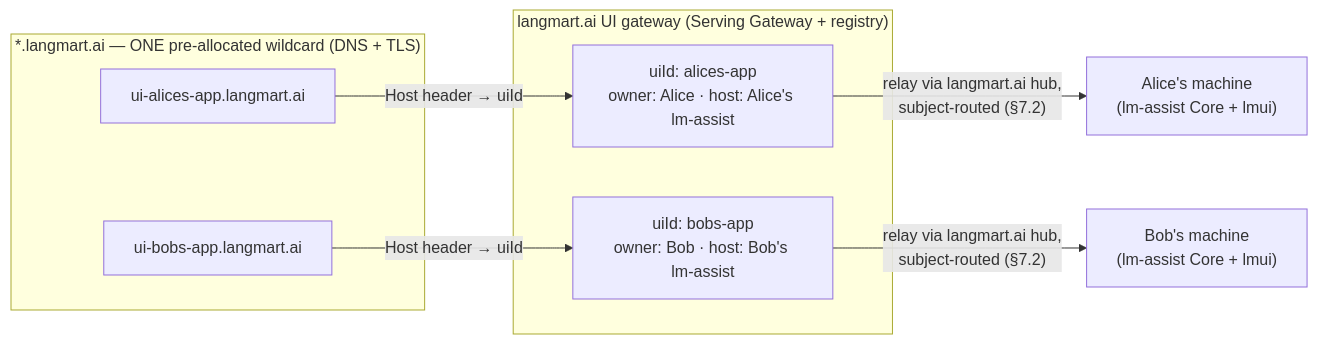
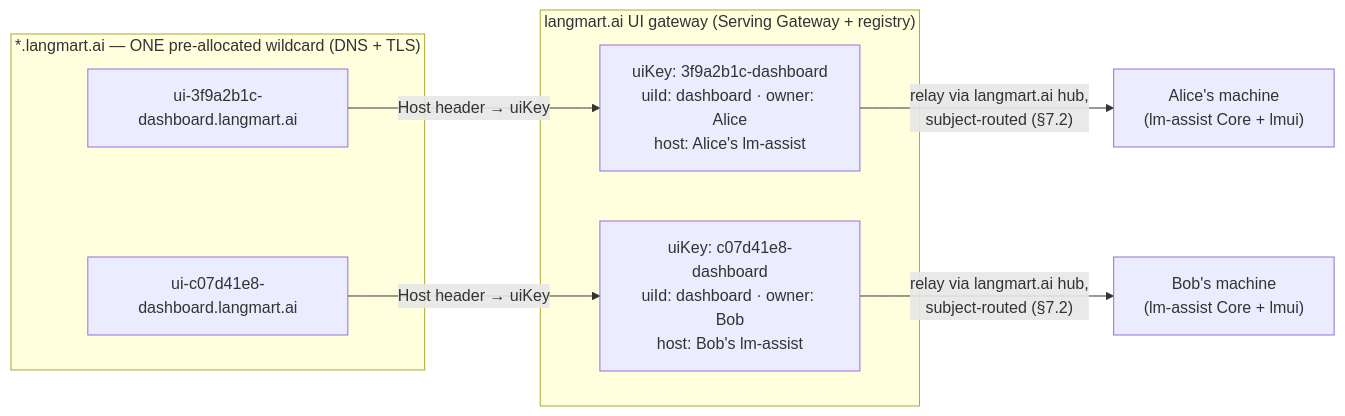
Before and after one commit to langmartai/agentic-ui-spec: the sixth of 7 diagrams in ARCHITECTURE.md, drawn with Mermaid. The commit also changed other lines of this file and 9 other files, not shown here.

````diff
--- a/ARCHITECTURE.md
+++ b/ARCHITECTURE.md
@@ -188,15 +194,15 @@
 ```mermaid
 flowchart LR
   subgraph W["*.langmart.ai — ONE pre-allocated wildcard (DNS + TLS)"]
-    A1["ui-alices-app.langmart.ai"]
-    B1["ui-bobs-app.langmart.ai"]
+    A1["ui-3f9a2b1c-dashboard.langmart.ai"]
+    B1["ui-c07d41e8-dashboard.langmart.ai"]
   end
   subgraph GW["langmart.ai UI gateway (Serving Gateway + registry)"]
-    RA["uiId: alices-app<br/>owner: Alice · host: Alice's lm-assist"]
-    RB["uiId: bobs-app<br/>owner: Bob · host: Bob's lm-assist"]
+    RA["uiKey: 3f9a2b1c-dashboard<br/>uiId: dashboard · owner: Alice<br/>host: Alice's lm-assist"]
+    RB["uiKey: c07d41e8-dashboard<br/>uiId: dashboard · owner: Bob<br/>host: Bob's lm-assist"]
   end
   HA["Alice's machine<br/>(lm-assist Core + lmui)"]
   HB["Bob's machine<br/>(lm-assist Core + lmui)"]
-  A1 -->|Host header → uiId| RA -->|"relay via langmart.ai hub,<br/>subject-routed (§7.2)"| HA
-  B1 -->|Host header → uiId| RB -->|"relay via langmart.ai hub,<br/>subject-routed (§7.2)"| HB
+  A1 -->|Host header → uiKey| RA -->|"relay via langmart.ai hub,<br/>subject-routed (§7.2)"| HA
+  B1 -->|Host header → uiKey| RB -->|"relay via langmart.ai hub,<br/>subject-routed (§7.2)"| HB
 ```
````
